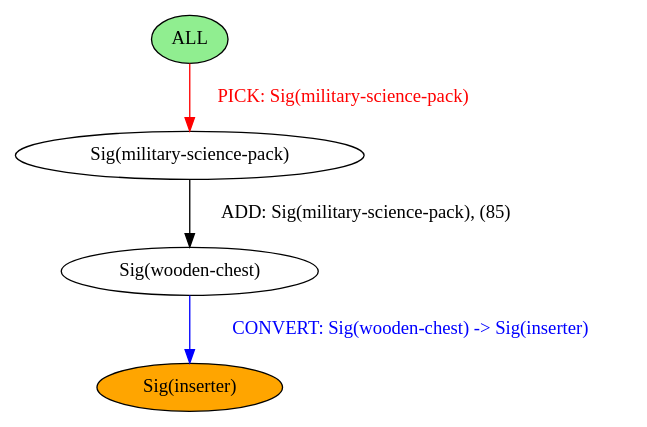
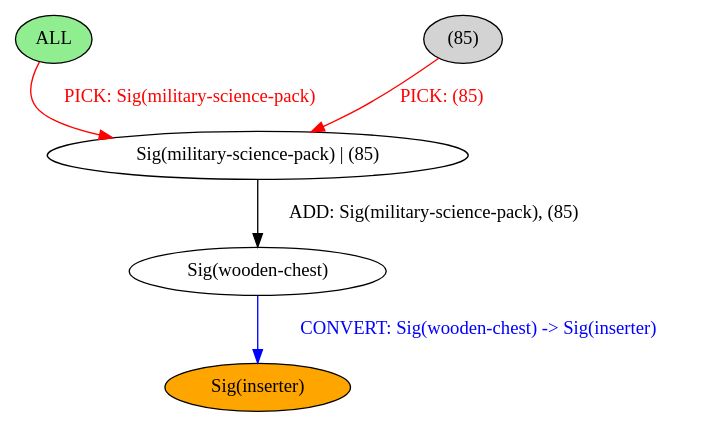
The diagram in chef-lang/examples/constant_evaluation.output.dot (BalderHolst/chef), drawn with Graphviz before and after one commit. The commit also changed 18 other files, not shown here.

```diff
--- a/chef-lang/examples/constant_evaluation.output.dot
+++ b/chef-lang/examples/constant_evaluation.output.dot
@@ -1,10 +1,12 @@
 strict digraph {
 	nodesep=1
 	5	[style=filled fillcolor=orange label="Sig(inserter)"]
 	4	[style=filled fillcolor=white label="Sig(wooden-chest)"]
 	0	[style=filled fillcolor=lightgreen label="ALL"]
-	3	[style=filled fillcolor=white label="Sig(military-science-pack)"]
+	3	[style=filled fillcolor=white label="Sig(military-science-pack) | (85)"]
+	2	[style=filled fillcolor=lightgray label="(85)"]
 	4 -> 5	[label="CONVERT: Sig(wooden-chest) -> Sig(inserter)" color=blue fontcolor=blue]
 	0 -> 3	[label="PICK: Sig(military-science-pack)" color=red fontcolor=red]
 	3 -> 4	[label="ADD: Sig(military-science-pack), (85)" color=black fontcolor=black]
+	2 -> 3	[label="PICK: (85)" color=red fontcolor=red]
 }
```
